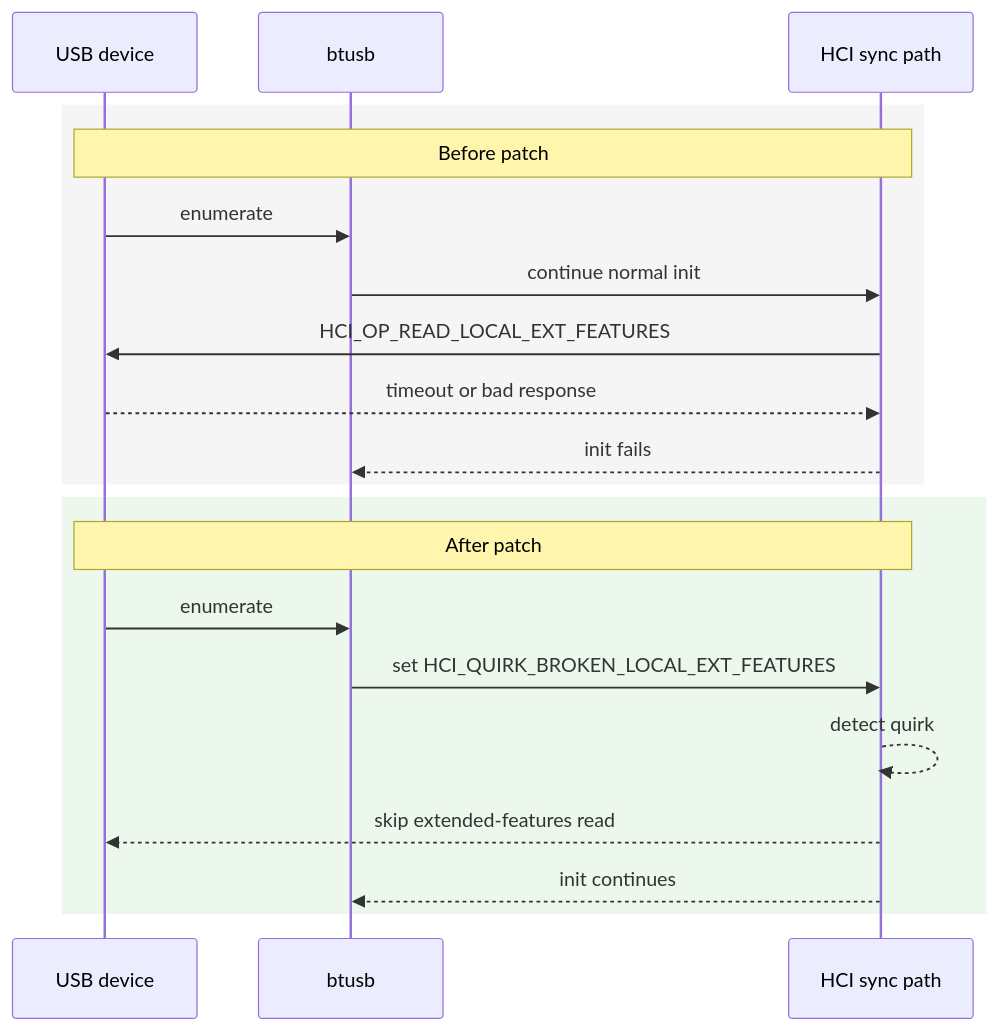
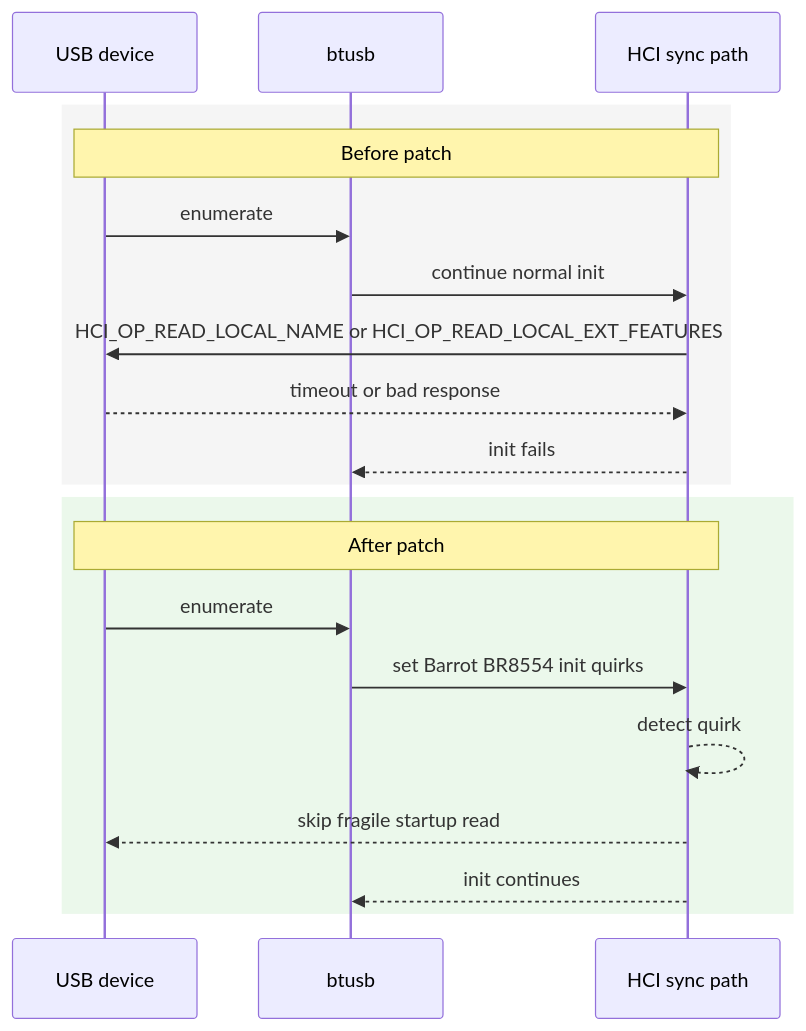
One commit to vratiskol/barrot-ble-device changed the fourth of 4 diagrams in PATCH_DETAILS.md. Above: the diagram before and after it, drawn with Mermaid. The commit also changed other lines of this file and 8 other files, not shown here.

````diff
--- a/PATCH_DETAILS.md
+++ b/PATCH_DETAILS.md
@@ -163,24 +176,24 @@
 ```mermaid
 sequenceDiagram
     participant U as USB device
     participant B as btusb
     participant H as HCI sync path
 
     rect rgb(245, 245, 245)
         Note over U,H: Before patch
         U->>B: enumerate
         B->>H: continue normal init
-        H->>U: HCI_OP_READ_LOCAL_EXT_FEATURES
+        H->>U: HCI_OP_READ_LOCAL_NAME or HCI_OP_READ_LOCAL_EXT_FEATURES
         U-->>H: timeout or bad response
         H-->>B: init fails
     end
 
     rect rgb(235, 248, 235)
         Note over U,H: After patch
         U->>B: enumerate
-        B->>H: set HCI_QUIRK_BROKEN_LOCAL_EXT_FEATURES
+        B->>H: set Barrot BR8554 init quirks
         H-->>H: detect quirk
-        H-->>U: skip extended-features read
+        H-->>U: skip fragile startup read
         H-->>B: init continues
     end
 ```
````
